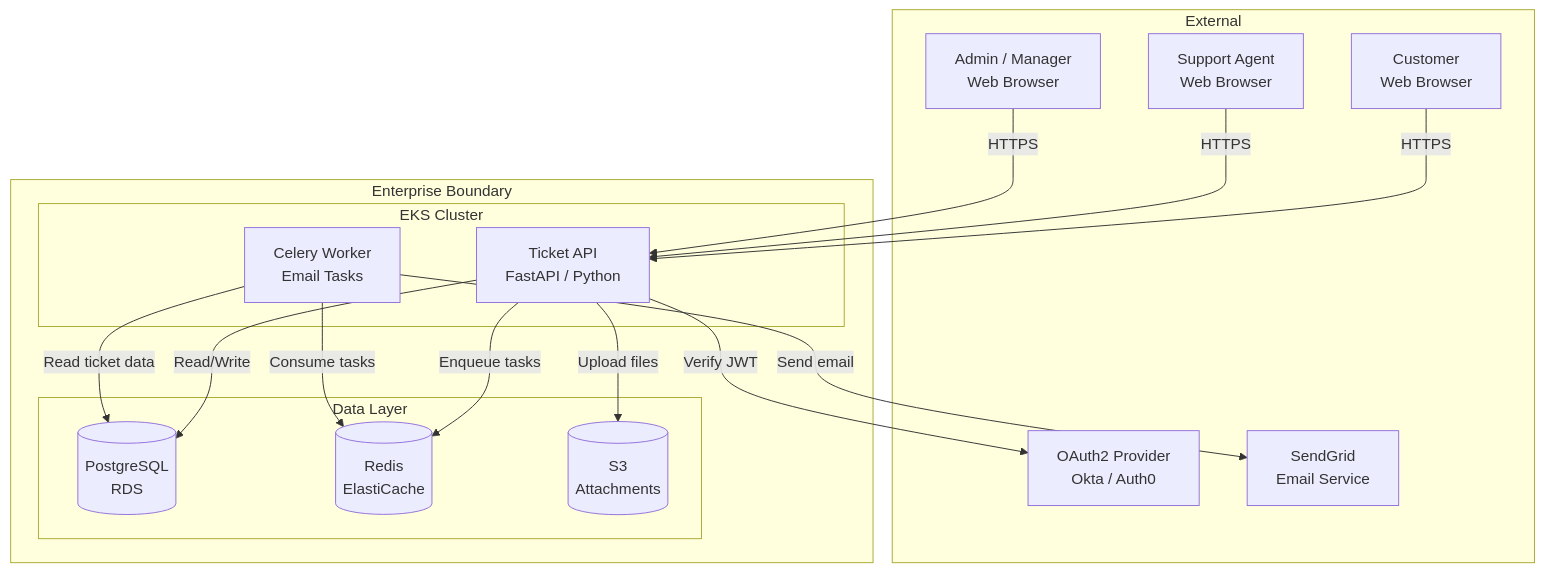
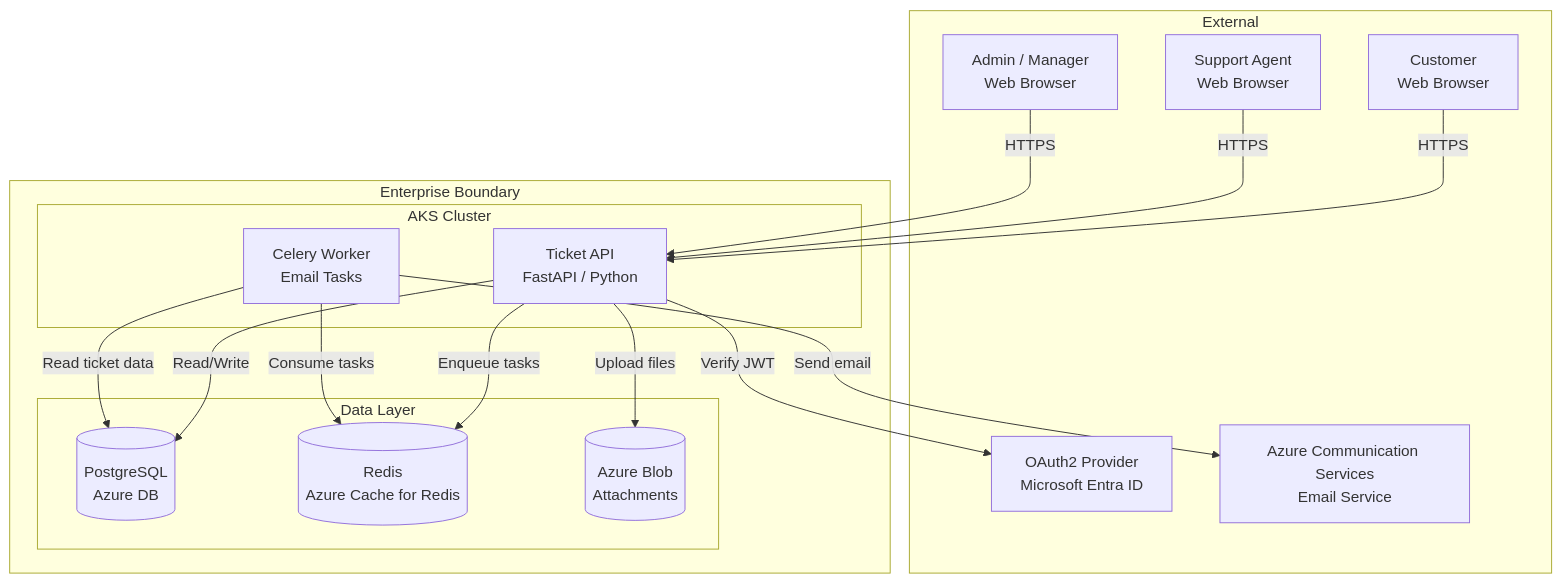
Before and after one commit to carpenike/demo-copilot-build-process: the diagram in projects/example-ticket-app/design/architecture-overview.md, drawn with Mermaid. The commit also changed other lines of this file and 18 other files, not shown here.

First line of the commit message:
chore: align all vendor references to Microsoft/Azure products

````diff
--- a/projects/example-ticket-app/design/architecture-overview.md
+++ b/projects/example-ticket-app/design/architecture-overview.md
@@ -12,34 +12,34 @@
 ```mermaid
 graph TB
     subgraph External
         Customer[Customer<br/>Web Browser]
         Agent[Support Agent<br/>Web Browser]
         Admin[Admin / Manager<br/>Web Browser]
-        OAuth[OAuth2 Provider<br/>Okta / Auth0]
-        SendGrid[SendGrid<br/>Email Service]
+        OAuth[OAuth2 Provider<br/>Microsoft Entra ID]
+        ACS[Azure Communication Services<br/>Email Service]
     end
 
     subgraph Enterprise Boundary
-        subgraph EKS Cluster
+        subgraph AKS Cluster
             API[Ticket API<br/>FastAPI / Python]
             Worker[Celery Worker<br/>Email Tasks]
         end
 
         subgraph Data Layer
-            PG[(PostgreSQL<br/>RDS)]
-            Redis[(Redis<br/>ElastiCache)]
-            S3[(S3<br/>Attachments)]
+            PG[(PostgreSQL<br/>Azure DB)]
+            Redis[(Redis<br/>Azure Cache for Redis)]
+            Blob[(Azure Blob<br/>Attachments)]
         end
     end
 
     Customer -->|HTTPS| API
     Agent -->|HTTPS| API
     Admin -->|HTTPS| API
     API -->|Verify JWT| OAuth
     API -->|Read/Write| PG
     API -->|Enqueue tasks| Redis
-    API -->|Upload files| S3
+    API -->|Upload files| Blob
     Worker -->|Consume tasks| Redis
     Worker -->|Read ticket data| PG
-    Worker -->|Send email| SendGrid
+    Worker -->|Send email| ACS
 ```
````
